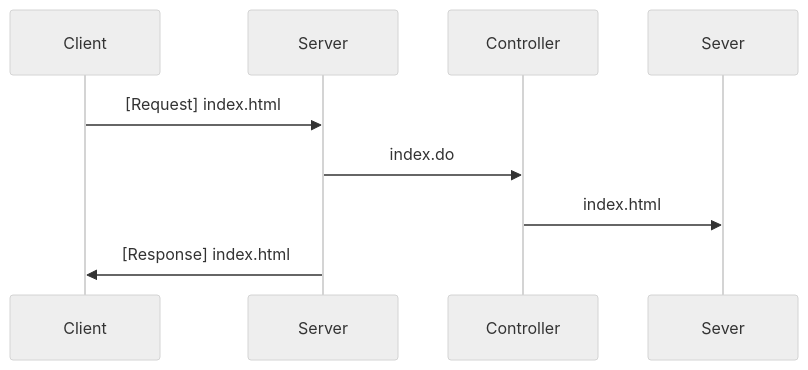
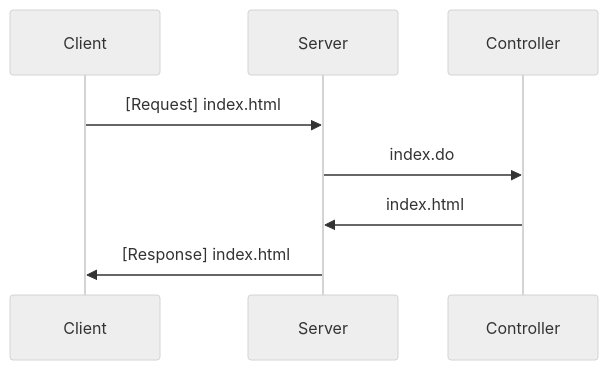
One commit to JeongJongSub/GitGithub changed the diagram in README.md. Above: the diagram before and after it, drawn with Mermaid (neutral theme).

````diff
--- a/README.md
+++ b/README.md
@@ -7,10 +7,10 @@
 ```mermaid
 sequenceDiagram
 Client ->> Server : [Request] index.html
 Server ->> Controller : index.do
-Controller ->> Sever : index.html
+Controller ->> Server : index.html
 Server ->> Client : [Response] index.html
 
 
 
 ```
````
